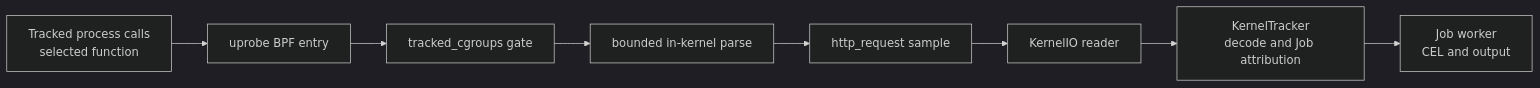
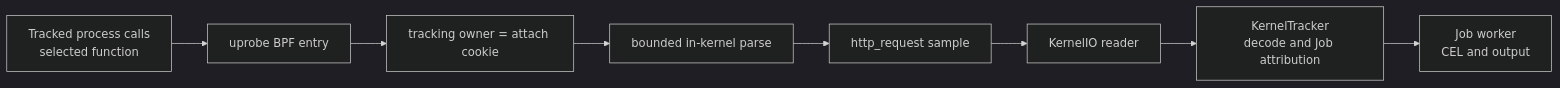
The fourth of 5 diagrams in docs/developer-guide/ebpf/http-uprobes.md (cicd-sensor/cicd-sensor), drawn with Mermaid (dark theme) before and after one commit. The commit also changed other lines of this file and 71 other files, not shown here.

````diff
--- a/docs/developer-guide/ebpf/http-uprobes.md
+++ b/docs/developer-guide/ebpf/http-uprobes.md
@@ -380,13 +414,13 @@
 ```mermaid
 flowchart LR
     CALL["Tracked process calls<br/>selected function"]
     UPROBE["uprobe BPF entry"]
-    GATE["tracked_cgroups gate"]
+    GATE["tracking owner = attach cookie"]
     PARSE["bounded in-kernel parse"]
     SAMPLE["http_request sample"]
     READER["KernelIO reader"]
     TRACKER["KernelTracker<br/>decode and Job attribution"]
     JOB["Job worker<br/>CEL and output"]
 
     CALL --> UPROBE --> GATE --> PARSE --> SAMPLE --> READER --> TRACKER --> JOB
 ```
````
